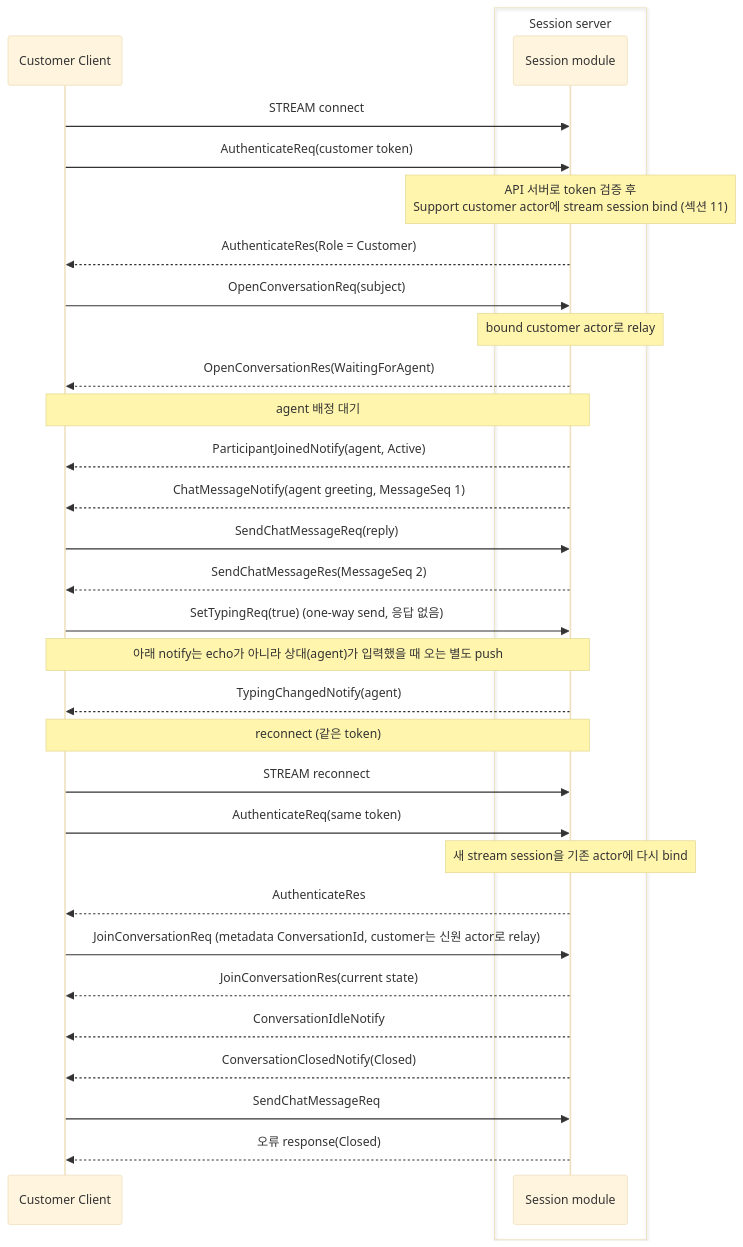
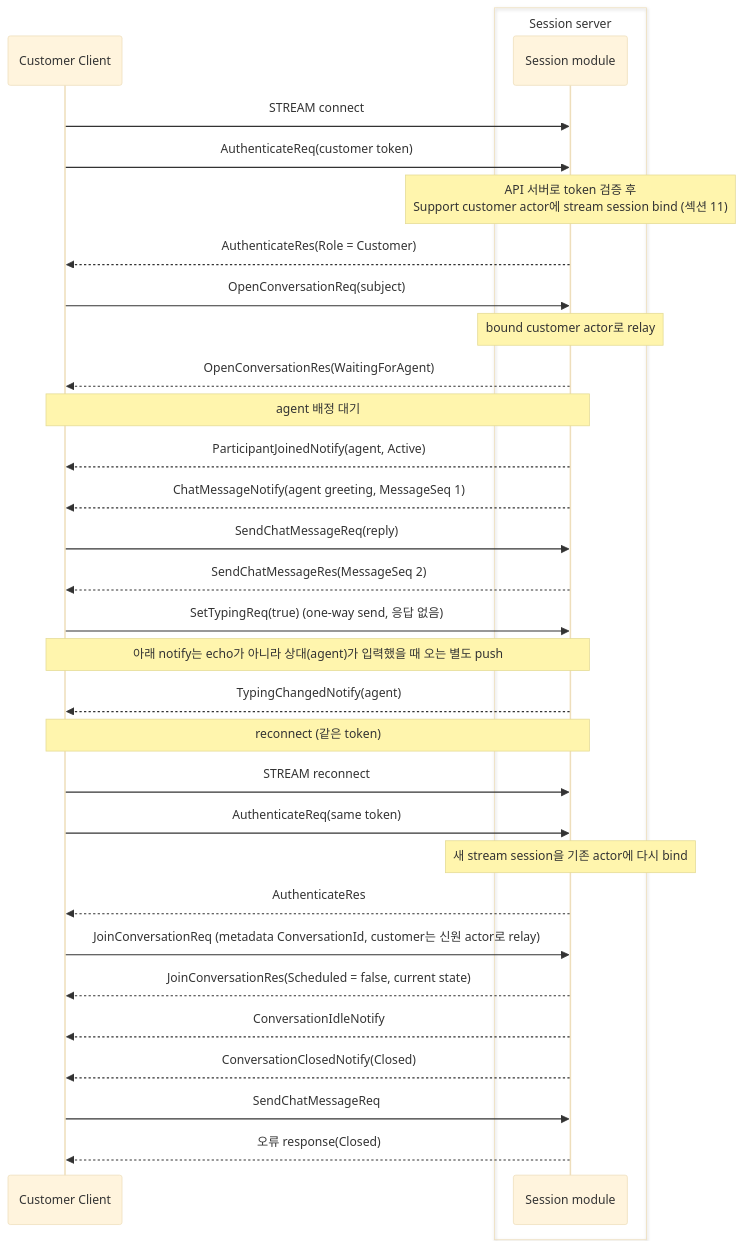
The eighth of 9 diagrams in framework/doc/framework/common/sample/supportchat/README.ko.md (kairos-code-dev/zlink), drawn with Mermaid (base theme) before and after one commit. The commit also changed other lines of this file and 1160 other files, not shown here.

````diff
--- a/framework/doc/framework/common/sample/supportchat/README.ko.md
+++ b/framework/doc/framework/common/sample/supportchat/README.ko.md
@@ -936,41 +927,41 @@
 ```mermaid
 sequenceDiagram
     participant C as Customer Client
 
     box Session server
         participant S as Session module
     end
 
     C->>S: STREAM connect
     C->>S: AuthenticateReq(customer token)
     Note over S: API 서버로 token 검증 후<br/>Support customer actor에 stream session bind (섹션 11)
     S-->>C: AuthenticateRes(Role = Customer)
 
     C->>S: OpenConversationReq(subject)
     Note over S: bound customer actor로 relay
     S-->>C: OpenConversationRes(WaitingForAgent)
 
     Note over C,S: agent 배정 대기
     S-->>C: ParticipantJoinedNotify(agent, Active)
     S-->>C: ChatMessageNotify(agent greeting, MessageSeq 1)
 
     C->>S: SendChatMessageReq(reply)
     S-->>C: SendChatMessageRes(MessageSeq 2)
 
     C->>S: SetTypingReq(true) (one-way send, 응답 없음)
     Note over C,S: 아래 notify는 echo가 아니라 상대(agent)가 입력했을 때 오는 별도 push
     S-->>C: TypingChangedNotify(agent)
 
     Note over C,S: reconnect (같은 token)
     C->>S: STREAM reconnect
     C->>S: AuthenticateReq(same token)
     Note over S: 새 stream session을 기존 actor에 다시 bind
     S-->>C: AuthenticateRes
     C->>S: JoinConversationReq (metadata ConversationId, customer는 신원 actor로 relay)
-    S-->>C: JoinConversationRes(current state)
+    S-->>C: JoinConversationRes(Scheduled = false, current state)
 
     S-->>C: ConversationIdleNotify
     S-->>C: ConversationClosedNotify(Closed)
     C->>S: SendChatMessageReq
     S-->>C: 오류 response(Closed)
 ```
````
